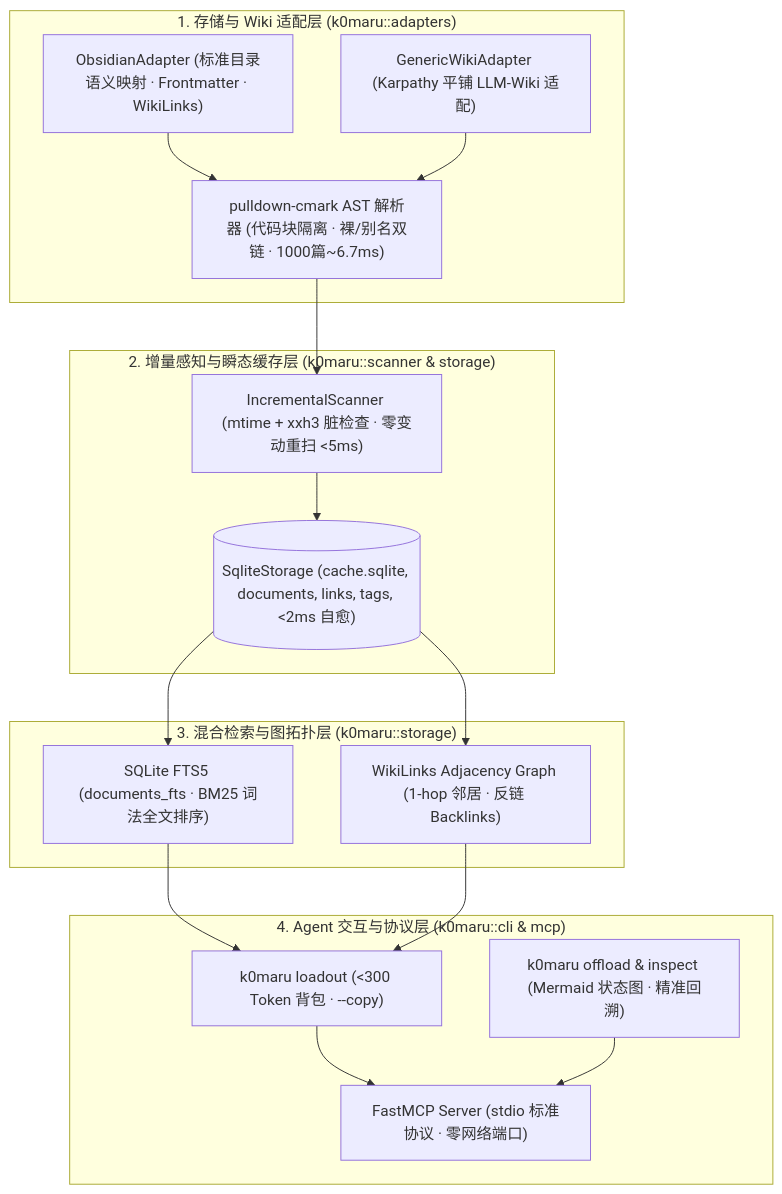
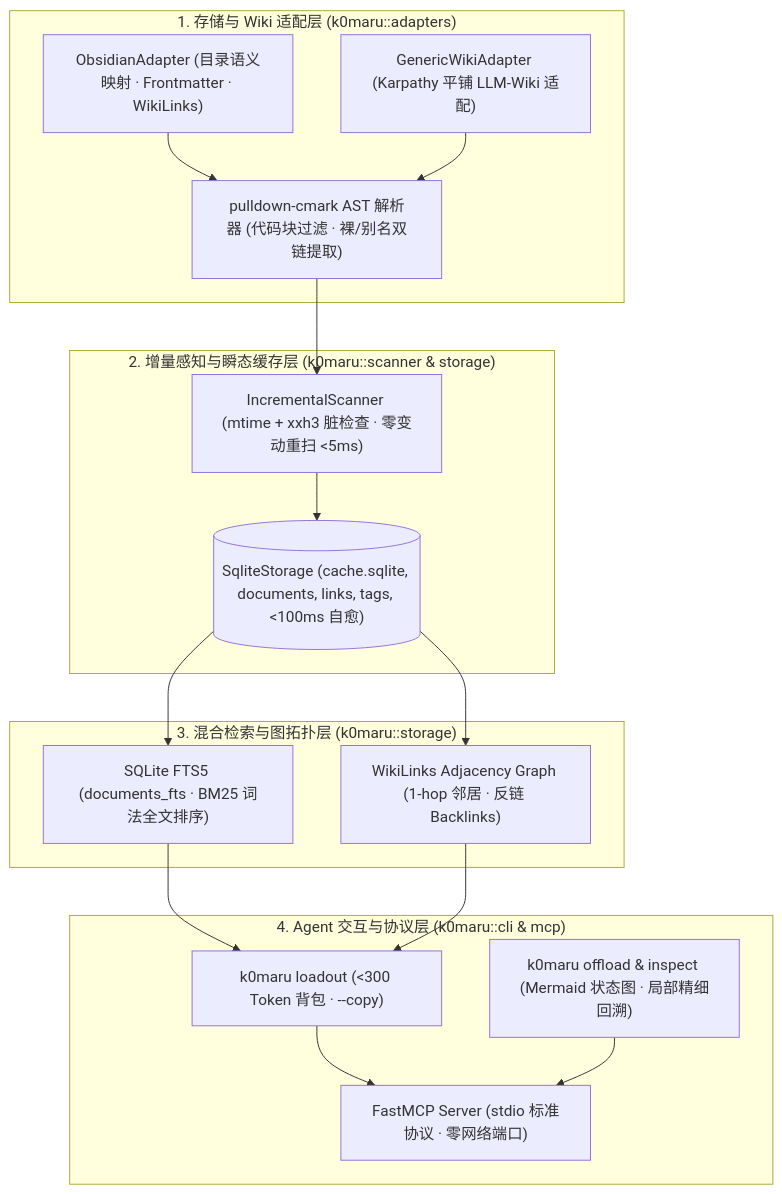
Before and after one commit to K0maru/k0maru-agent-memory: the second of 2 diagrams in README.md, drawn with Mermaid. The commit also changed other lines of this file, not shown here.

````diff
--- a/README.md
+++ b/README.md
@@ -91,31 +90,31 @@
 ```mermaid
 graph TD
     subgraph L1 ["1. 存储与 Wiki 适配层 (k0maru::adapters)"]
-        Obsidian["ObsidianAdapter (标准目录语义映射 · Frontmatter · WikiLinks)"]
+        Obsidian["ObsidianAdapter (目录语义映射 · Frontmatter · WikiLinks)"]
         Generic["GenericWikiAdapter (Karpathy 平铺 LLM-Wiki 适配)"]
-        Parser["pulldown-cmark AST 解析器 (代码块隔离 · 裸/别名双链 · 1000篇~6.7ms)"]
+        Parser["pulldown-cmark AST 解析器 (代码块过滤 · 裸/别名双链提取)"]
     end
 
     subgraph L2 ["2. 增量感知与瞬态缓存层 (k0maru::scanner & storage)"]
         Scanner["IncrementalScanner (mtime + xxh3 脏检查 · 零变动重扫 <5ms)"]
-        Storage[("SqliteStorage (cache.sqlite, documents, links, tags, <2ms 自愈)")]
+        Storage[("SqliteStorage (cache.sqlite, documents, links, tags, <100ms 自愈)")]
     end
 
     subgraph L3 ["3. 混合检索与图拓扑层 (k0maru::storage)"]
         FTS5["SQLite FTS5 (documents_fts · BM25 词法全文排序)"]
         Graph["WikiLinks Adjacency Graph (1-hop 邻居 · 反链 Backlinks)"]
     end
 
     subgraph L4 ["4. Agent 交互与协议层 (k0maru::cli & mcp)"]
         Loadout["k0maru loadout (<300 Token 背包 · --copy)"]
-        Offload["k0maru offload & inspect (Mermaid 状态图 · 精准回溯)"]
+        Offload["k0maru offload & inspect (Mermaid 状态图 · 局部精细回溯)"]
         MCP["FastMCP Server (stdio 标准协议 · 零网络端口)"]
     end
 
     Obsidian & Generic --> Parser
     Parser --> Scanner
     Scanner --> Storage
     Storage --> FTS5 & Graph
     FTS5 & Graph --> Loadout
     Loadout & Offload --> MCP
 ```
````
